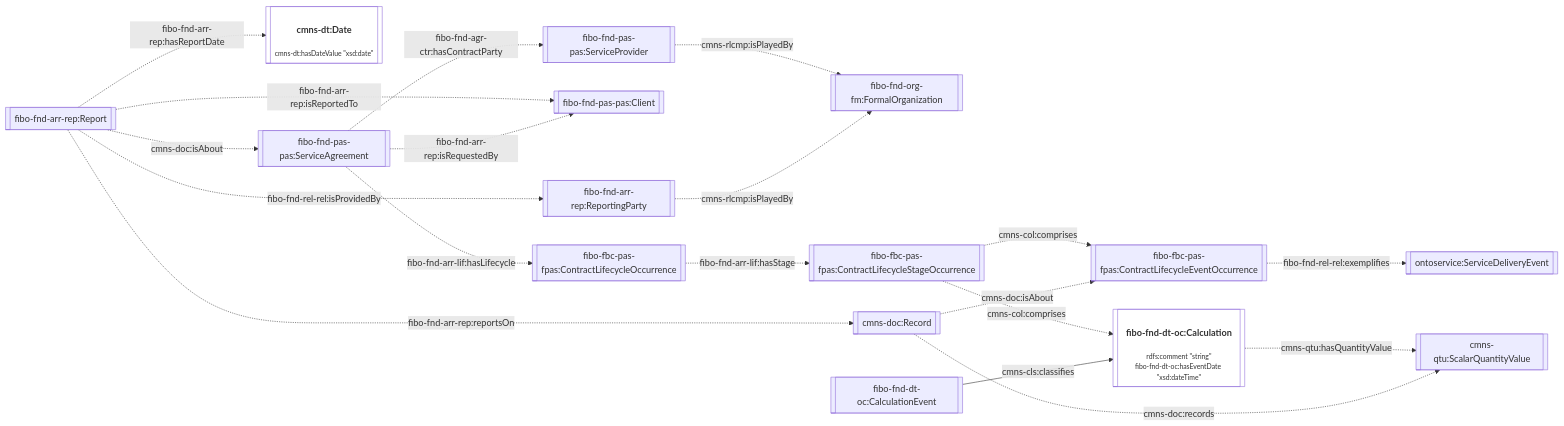
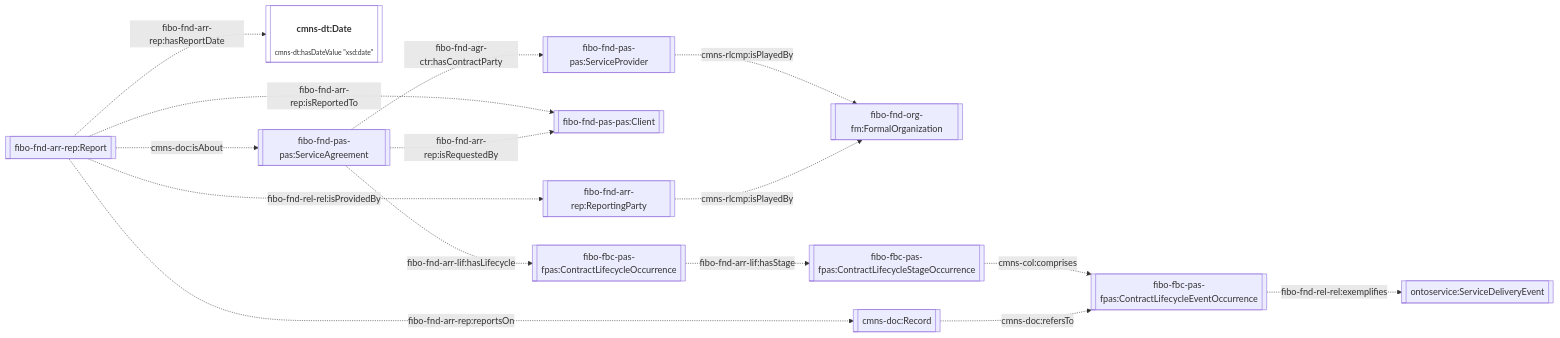
Diagram 14 of 17 in ontology/ontoservice/README.md (TheWorldAvatar/ontology), drawn with Mermaid before and after one commit. The commit also changed other lines of this file, not shown here.

Commit message:
dev-ontoservice-extension: added delivery reporting sections

````diff
--- a/ontology/ontoservice/README.md
+++ b/ontology/ontoservice/README.md
@@ -474,30 +475,26 @@
 ```mermaid
 flowchart LR
     %% Styling
     classDef literal fill:none
     classDef node overflow-wrap:break-word,text-wrap:pretty
     linkStyle default overflow-wrap:break-word,text-wrap:pretty;
 
     %% Contents
     Report[[fibo-fnd-arr-rep:Report]] -. fibo-fnd-arr-rep:hasReportDate .-> Date[["<h4>cmns-dt:Date</h4><p style='font-size:0.75rem;'>cmns-dt:hasDateValue &quot;xsd:date&quot;</p>"]]:::literal
     Report -. fibo-fnd-rel-rel:isProvidedBy .-> ReportingParty[[fibo-fnd-arr-rep:ReportingParty]]
     Report -. cmns-doc:isAbout .-> Agreement[[fibo-fnd-pas-pas:ServiceAgreement]]
     Report -. fibo-fnd-arr-rep:isReportedTo .-> Client
 
     Agreement -. fibo-fnd-arr-rep:isRequestedBy .-> Client[[fibo-fnd-pas-pas:Client]]
     Agreement -. fibo-fnd-agr-ctr:hasContractParty .-> ServiceProvider[[fibo-fnd-pas-pas:ServiceProvider]]
     ServiceProvider -. cmns-rlcmp:isPlayedBy .-> Org[[fibo-fnd-org-fm:FormalOrganization]]
     ReportingParty -. cmns-rlcmp:isPlayedBy .-> Org
 
     Agreement -. fibo-fnd-arr-lif:hasLifecycle .-> LifecycleOccurrence[[fibo-fbc-pas-fpas:ContractLifecycleOccurrence]]
     LifecycleOccurrence -. fibo-fnd-arr-lif:hasStage .-> StageOccurrence[[fibo-fbc-pas-fpas:ContractLifecycleStageOccurrence]]
     StageOccurrence -. cmns-col:comprises .-> DeliveryOccurrence[[fibo-fbc-pas-fpas:ContractLifecycleEventOccurrence]]
     DeliveryOccurrence -. fibo-fnd-rel-rel:exemplifies .-> ServiceDeliveryEvent[[ontoservice:ServiceDeliveryEvent]]
-    StageOccurrence -. cmns-col:comprises .-> Calculation[["<h4>fibo-fnd-dt-oc:Calculation</h4><p style='font-size:0.75rem;'>rdfs:comment &quot;string&quot;<br>fibo-fnd-dt-oc:hasEventDate &quot;xsd:dateTime&quot;</p>"]]:::literal
-    Calculation -. cmns-qtu:hasQuantityValue .-> OutputValue[[cmns-qtu:ScalarQuantityValue]]
-    CalculationEvent[[fibo-fnd-dt-oc:CalculationEvent]] -- cmns-cls:classifies --> Calculation
 
     Report -. fibo-fnd-arr-rep:reportsOn .-> Record[[cmns-doc:Record]]
-    Record -. cmns-doc:isAbout .-> DeliveryOccurrence
-    Record -. cmns-doc:records .-> OutputValue
+    Record -. cmns-doc:refersTo .-> DeliveryOccurrence
 ```
````
